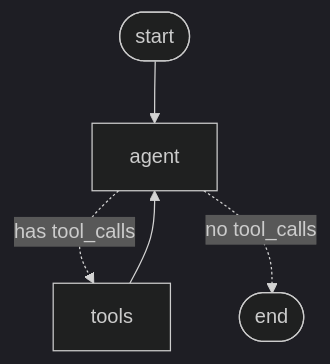
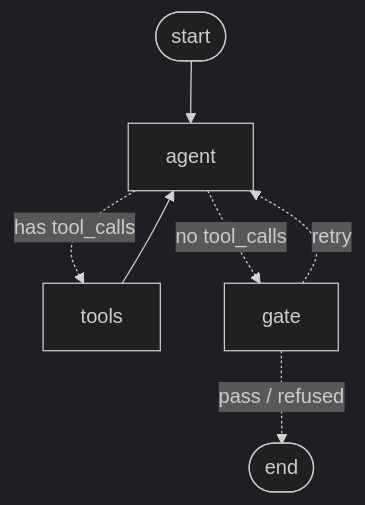
Before and after one commit to rostronic/commerce-concierge: the diagram in README.md, drawn with Mermaid (dark theme). The commit also changed other lines of this file and 2 other files, not shown here.

First line of the commit message:
Phase 2b: fix the CLI crash on a passing gate; show the gate in the trace

````diff
--- a/README.md
+++ b/README.md
@@ -62,7 +66,9 @@
 ```mermaid
 graph TD;
     __start__([start]) --> agent
     agent -.->|has tool_calls| tools
-    agent -.->|no tool_calls| __end__([end])
+    agent -.->|no tool_calls| gate
     tools --> agent
+    gate -.->|retry| agent
+    gate -.->|pass / refused| __end__([end])
 ```
````
